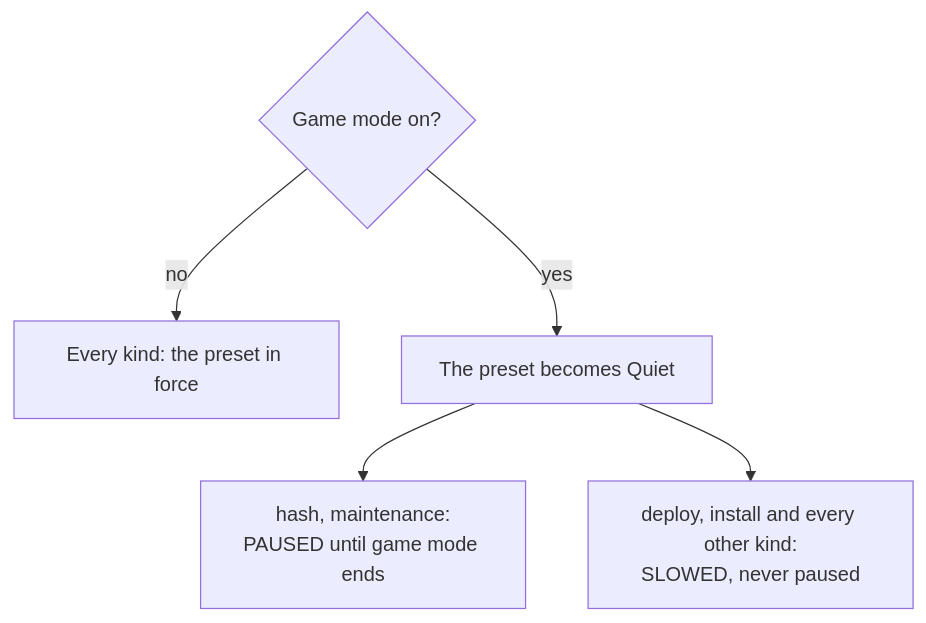
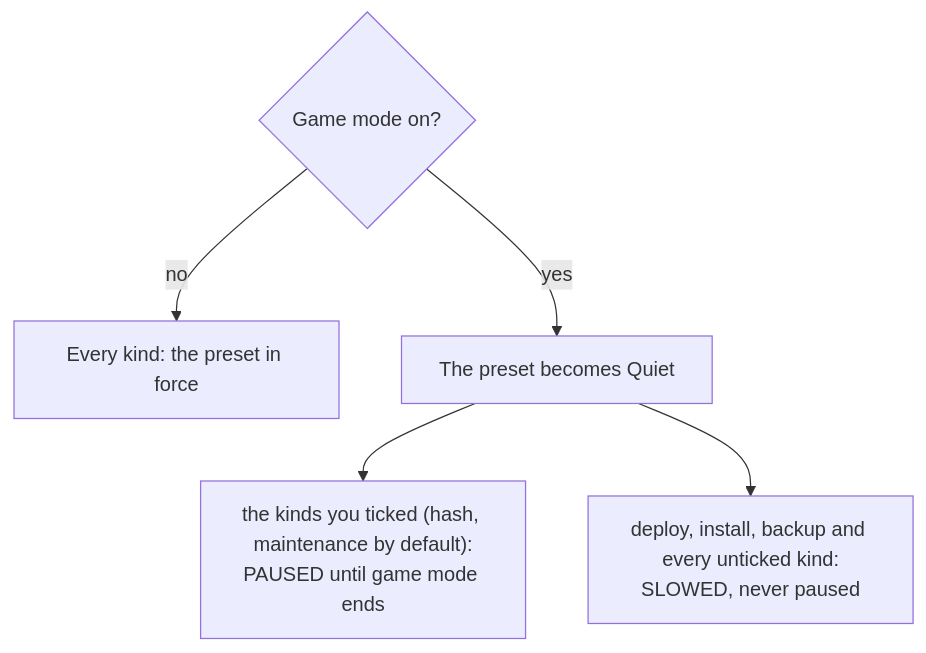
One commit to FreeProject089/BetterModsManager changed the fifth of 7 diagrams in frontend/assets/docs/en/how-it-works/resources.md. Above: the diagram before and after it, drawn with Mermaid. The commit also changed other lines of this file and 192 other files, not shown here.

````diff
--- a/frontend/assets/docs/en/how-it-works/resources.md
+++ b/frontend/assets/docs/en/how-it-works/resources.md
@@ -250,7 +251,7 @@
 ```mermaid
 flowchart TB
     GM{"Game mode on?"} -- no --> N["Every kind: the preset in force"]
     GM -- yes --> Q["The preset becomes Quiet"]
-    Q --> BG["hash, maintenance:<br/>PAUSED until game mode ends"]
-    Q --> FG["deploy, install and every other kind:<br/>SLOWED, never paused"]
+    Q --> BG["the kinds you ticked (hash, maintenance by default):<br/>PAUSED until game mode ends"]
+    Q --> FG["deploy, install, backup and every unticked kind:<br/>SLOWED, never paused"]
 ```
````
